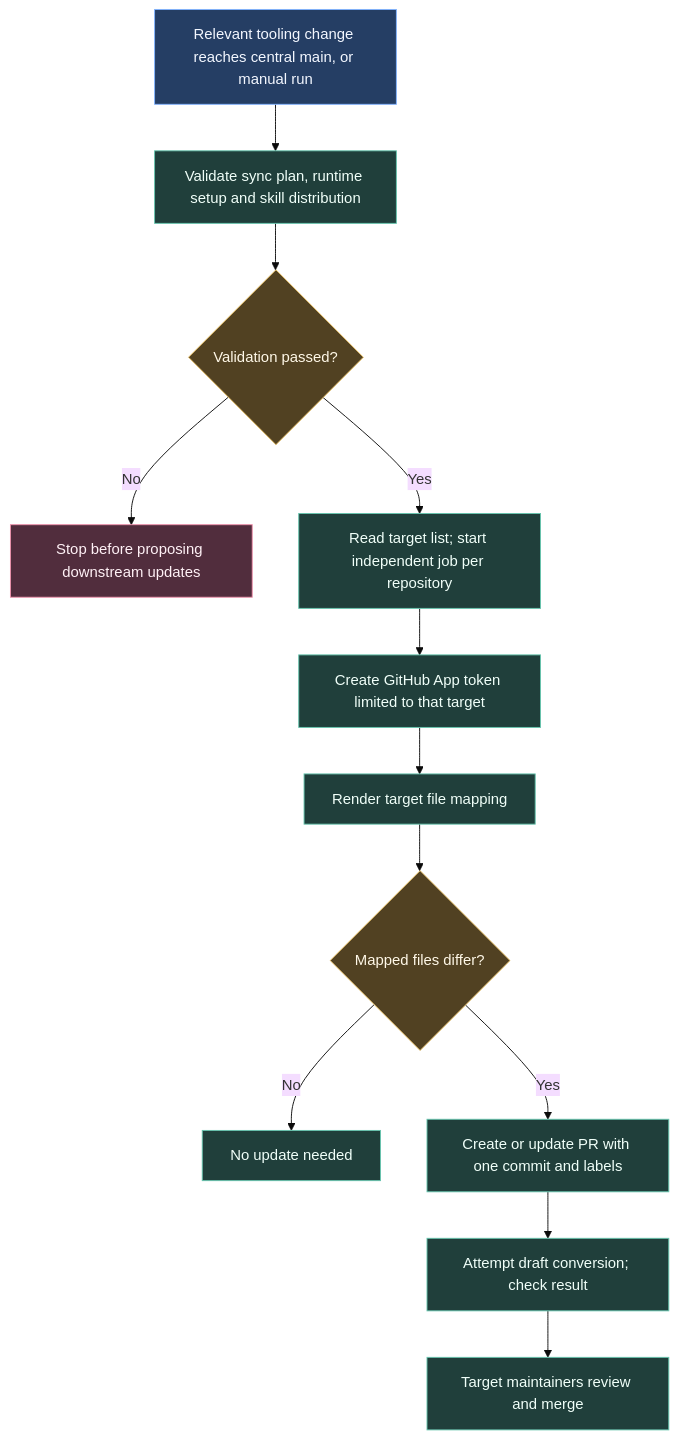
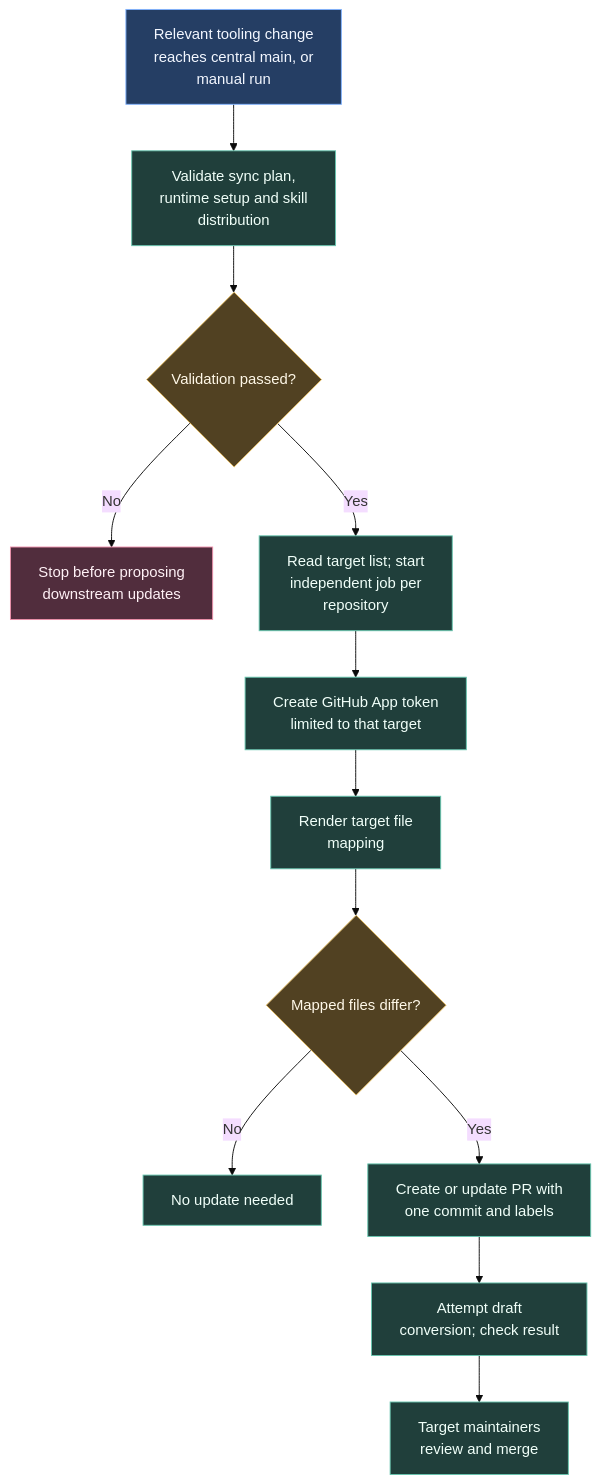
Before and after one commit to ARTTU-Software/.github: the diagram in docs/ci/tooling-sync.md, drawn with Mermaid (base theme). The commit also changed 12 other files, not shown here.

Commit message:
docs: keep diagram labels readable within their nodes

````diff
--- a/docs/ci/tooling-sync.md
+++ b/docs/ci/tooling-sync.md
@@ -10,22 +10,22 @@
 ```mermaid
 flowchart TB
-    CHANGE["Relevant tooling change reaches central main, or manual run"] --> PLAN["Validate sync plan, runtime setup and skill distribution"]
+    CHANGE["Relevant tooling change<br/>reaches central main, or<br/>manual run"] --> PLAN["Validate sync plan,<br/>runtime setup and skill<br/>distribution"]
     PLAN --> VALID{"Validation passed?"}
-    VALID -->|No| STOP["Stop before proposing downstream updates"]
-    VALID -->|Yes| MATRIX["Read target list; start independent job per repository"]
-    MATRIX --> TOKEN["Create GitHub App token limited to that target"]
-    TOKEN --> RENDER["Render target file mapping"]
+    VALID -->|No| STOP["Stop before proposing<br/>downstream updates"]
+    VALID -->|Yes| MATRIX["Read target list; start<br/>independent job per<br/>repository"]
+    MATRIX --> TOKEN["Create GitHub App token<br/>limited to that target"]
+    TOKEN --> RENDER["Render target file<br/>mapping"]
     RENDER --> DIFFERENT{"Mapped files differ?"}
     DIFFERENT -->|No| NONE["No update needed"]
-    DIFFERENT -->|Yes| PR["Create or update PR with one commit and labels"]
-    PR --> DRAFT["Attempt draft conversion; check result"]
-    DRAFT --> REVIEW["Target maintainers review and merge"]
+    DIFFERENT -->|Yes| PR["Create or update PR with<br/>one commit and labels"]
+    PR --> DRAFT["Attempt draft<br/>conversion; check result"]
+    DRAFT --> REVIEW["Target maintainers<br/>review and merge"]
     classDef event fill:#253e64,stroke:#82b4ff,color:#f3f7ff
     classDef work fill:#203f3b,stroke:#66c5ae,color:#f0fff9
     classDef check fill:#514122,stroke:#e8bf63,color:#fff8e8
     classDef failure fill:#512d3d,stroke:#ef91ac,color:#fff1f6
     class CHANGE event
     class PLAN,MATRIX,TOKEN,RENDER,PR,DRAFT,REVIEW,NONE work
     class VALID,DIFFERENT check
     class STOP failure
 ```
````
